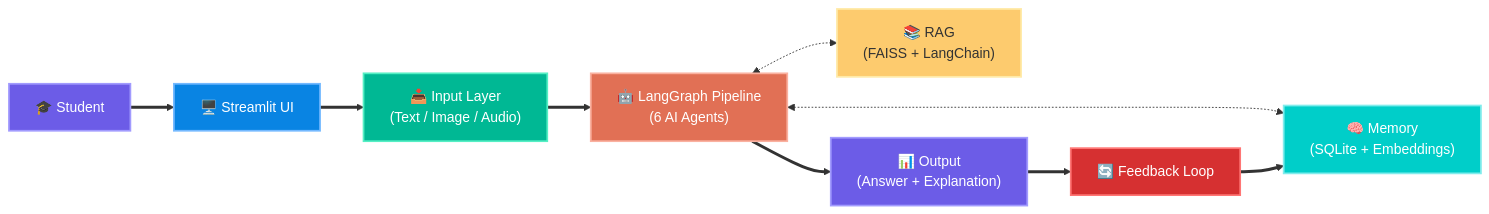
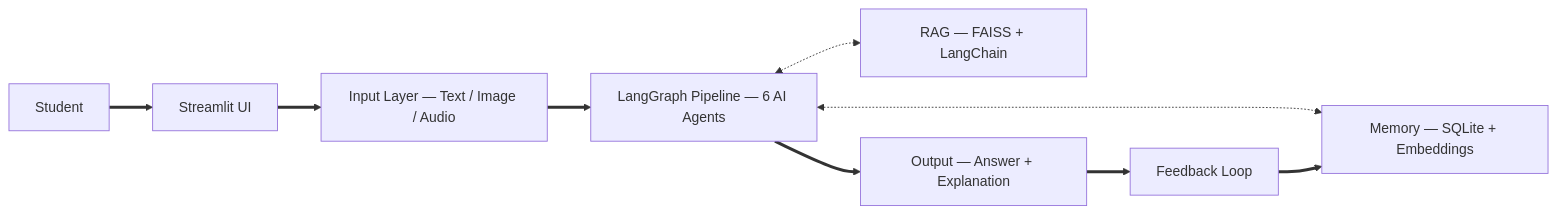
Before and after one commit to SAURABHSALVE/ai-math-tutor-rag-system: the first of 5 diagrams in README.md, drawn with Mermaid. The commit also changed other lines of this file, not shown here.

Commit message:
updated the architecture diagram

````diff
--- a/README.md
+++ b/README.md
@@ -9,20 +9,11 @@
 ```mermaid
 graph LR
-    A["🎓 Student"] ==> B["🖥️ Streamlit UI"]
-    B ==> C["📥 Input Layer\n(Text / Image / Audio)"]
-    C ==> D["🤖 LangGraph Pipeline\n(6 AI Agents)"]
-    D <-.-> E["📚 RAG\n(FAISS + LangChain)"]
-    D <-.-> F["🧠 Memory\n(SQLite + Embeddings)"]
-    D ==> G["📊 Output\n(Answer + Explanation)"]
-    G ==> H["🔄 Feedback Loop"]
+    A[" Student "] ==> B[" Streamlit UI "]
+    B ==> C[" Input Layer — Text / Image / Audio "]
+    C ==> D[" LangGraph Pipeline — 6 AI Agents "]
+    D <-.-> E[" RAG — FAISS + LangChain "]
+    D <-.-> F[" Memory — SQLite + Embeddings "]
+    D ==> G[" Output — Answer + Explanation "]
+    G ==> H[" Feedback Loop "]
     H ==> F
-
-    style A fill:#6c5ce7,stroke:#a29bfe,color:#fff,stroke-width:2px
-    style B fill:#0984e3,stroke:#74b9ff,color:#fff,stroke-width:2px
-    style C fill:#00b894,stroke:#55efc4,color:#fff,stroke-width:2px
-    style D fill:#e17055,stroke:#fab1a0,color:#fff,stroke-width:2px
-    style E fill:#fdcb6e,stroke:#ffeaa7,color:#333,stroke-width:2px
-    style F fill:#00cec9,stroke:#81ecec,color:#fff,stroke-width:2px
-    style G fill:#6c5ce7,stroke:#a29bfe,color:#fff,stroke-width:2px
-    style H fill:#d63031,stroke:#ff7675,color:#fff,stroke-width:2px
 ```
````
